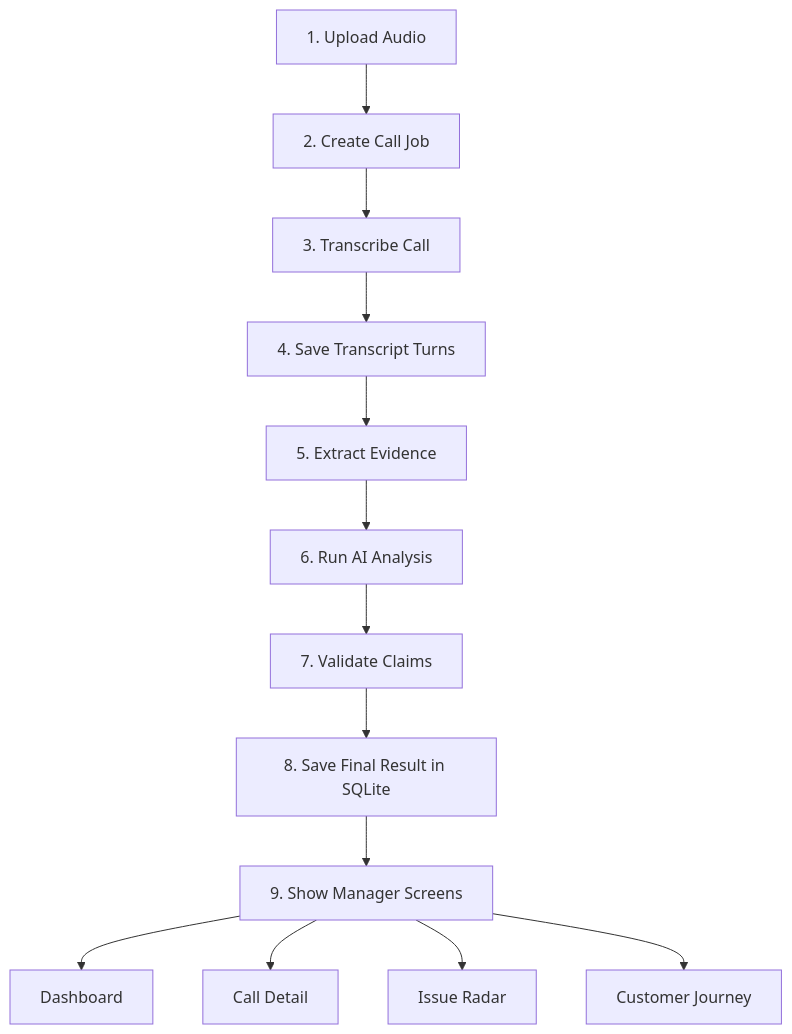
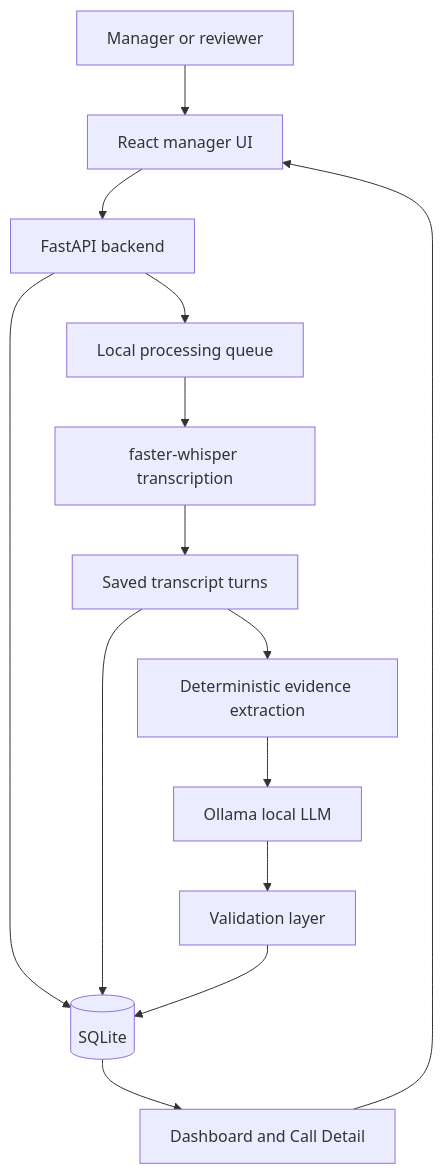
The diagram in README.md (vrize-poc-demo/call-center-radar), drawn with Mermaid before and after one commit. The commit also changed other lines of this file and 2 other files, not shown here.

````diff
--- a/README.md
+++ b/README.md
@@ -76,19 +294,16 @@
 ```mermaid
 flowchart TD
-  A[1. Upload Audio]
-  B[2. Create Call Job]
-  C[3. Transcribe Call]
-  D[4. Save Transcript Turns]
-  E[5. Extract Evidence]
-  F[6. Run AI Analysis]
-  G[7. Validate Claims]
-  H[8. Save Final Result in SQLite]
-  I[9. Show Manager Screens]
-
-  A --> B --> C --> D --> E --> F --> G --> H --> I
-
-  I --> J[Dashboard]
-  I --> K[Call Detail]
-  I --> L[Issue Radar]
-  I --> M[Customer Journey]
+  U[Manager or reviewer] --> UI[React manager UI]
+  UI --> API[FastAPI backend]
+  API --> DB[(SQLite)]
+  API --> Q[Local processing queue]
+  Q --> STT[faster-whisper transcription]
+  STT --> T[Saved transcript turns]
+  T --> DB
+  T --> E[Deterministic evidence extraction]
+  E --> LLM[Ollama local LLM]
+  LLM --> V[Validation layer]
+  V --> DB
+  DB --> D[Dashboard and Call Detail]
+  D --> UI
 ```
````
